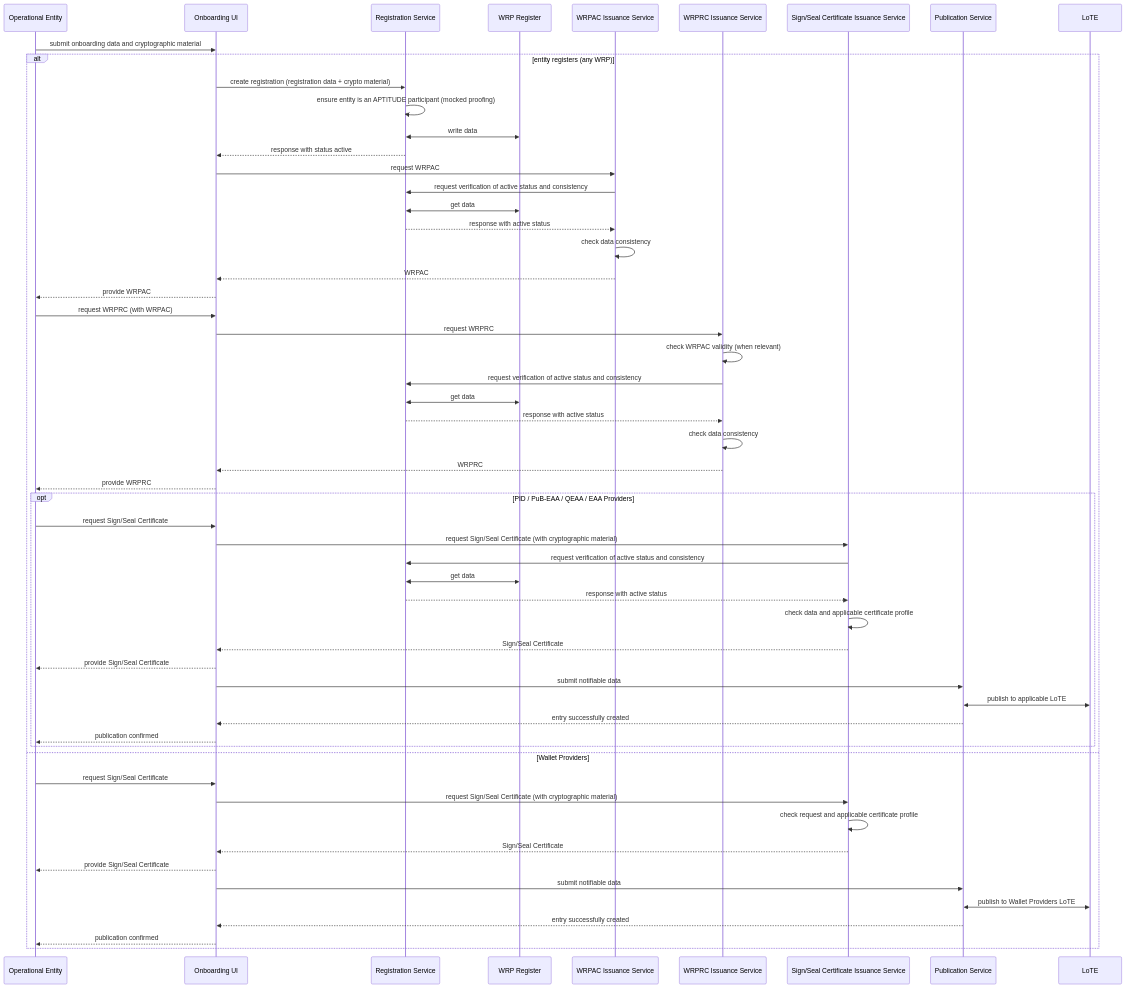
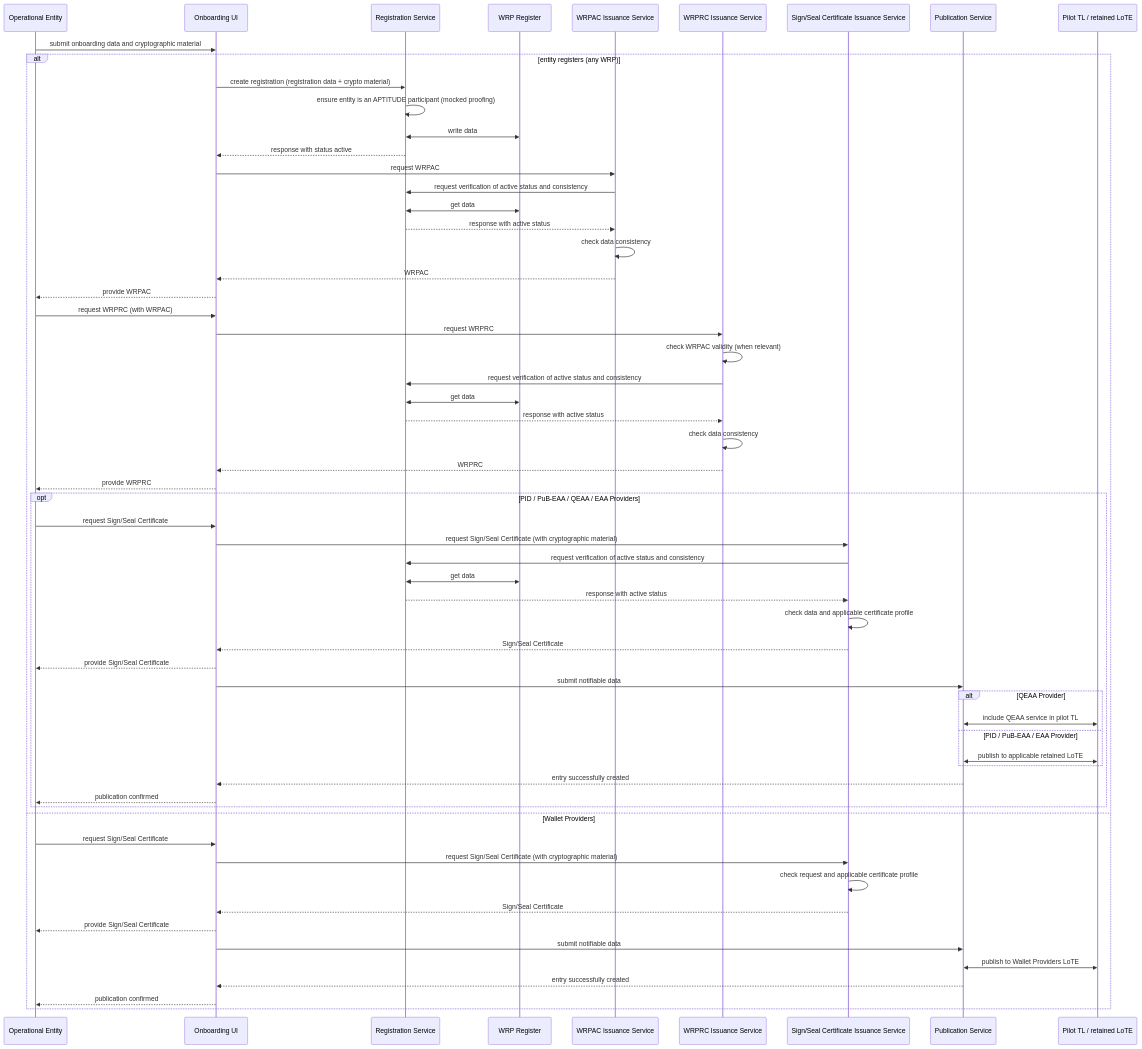
The fourth of 5 diagrams in docs/topics/onboarding-process.md (APTITUDE-Consortium/wp2-trust-specifications), drawn with Mermaid before and after one commit. The commit also changed other lines of this file and 1 other file, not shown here.

````diff
--- a/docs/topics/onboarding-process.md
+++ b/docs/topics/onboarding-process.md
@@ -284,60 +293,64 @@
 ```mermaid
 sequenceDiagram
     participant E as Operational Entity
     participant UI as Onboarding UI
     participant RegServ as Registration Service
     participant Register as WRP Register
     participant ACServ as WRPAC Issuance Service
     participant RCServ as WRPRC Issuance Service
     participant SSCServ as Sign/Seal Certificate Issuance Service
     participant PubServ as Publication Service
-    participant TL as LoTE
+    participant TL as Pilot TL / retained LoTE
 
     E->>UI: submit onboarding data and cryptographic material
     alt entity registers (any WRP)
         UI->>RegServ: create registration (registration data + crypto material)
         RegServ->>RegServ: ensure entity is an APTITUDE participant (mocked proofing)
         RegServ<<->>Register: write data
         RegServ-->>UI: response with status active
         UI->>ACServ: request WRPAC
         ACServ->>RegServ: request verification of active status and consistency
         RegServ<<->>Register: get data
         RegServ-->>ACServ: response with active status
         ACServ->>ACServ: check data consistency
         ACServ-->>UI: WRPAC
         UI-->>E: provide WRPAC
         E->>UI: request WRPRC (with WRPAC)
         UI->>RCServ: request WRPRC
         RCServ->>RCServ: check WRPAC validity (when relevant)
         RCServ->>RegServ: request verification of active status and consistency
         RegServ<<->>Register: get data
         RegServ-->>RCServ: response with active status
         RCServ->>RCServ: check data consistency
         RCServ-->>UI: WRPRC
         UI-->>E: provide WRPRC
         opt PID / PuB-EAA / QEAA / EAA Providers
             E->>UI: request Sign/Seal Certificate
             UI->>SSCServ: request Sign/Seal Certificate (with cryptographic material)
             SSCServ->>RegServ: request verification of active status and consistency
             RegServ<<->>Register: get data
             RegServ-->>SSCServ: response with active status
             SSCServ->>SSCServ: check data and applicable certificate profile
             SSCServ-->>UI: Sign/Seal Certificate
             UI-->>E: provide Sign/Seal Certificate
             UI->>PubServ: submit notifiable data
-            PubServ<<->>TL: publish to applicable LoTE
+            alt QEAA Provider
+                PubServ<<->>TL: include QEAA service in pilot TL
+            else PID / PuB-EAA / EAA Provider
+                PubServ<<->>TL: publish to applicable retained LoTE
+            end
             PubServ-->>UI: entry successfully created
             UI-->>E: publication confirmed
         end
     else Wallet Providers
         E->>UI: request Sign/Seal Certificate
         UI->>SSCServ: request Sign/Seal Certificate (with cryptographic material)
         SSCServ->>SSCServ: check request and applicable certificate profile
         SSCServ-->>UI: Sign/Seal Certificate
         UI-->>E: provide Sign/Seal Certificate
         UI->>PubServ: submit notifiable data
         PubServ<<->>TL: publish to Wallet Providers LoTE
         PubServ-->>UI: entry successfully created
         UI-->>E: publication confirmed
     end
 ```
````
